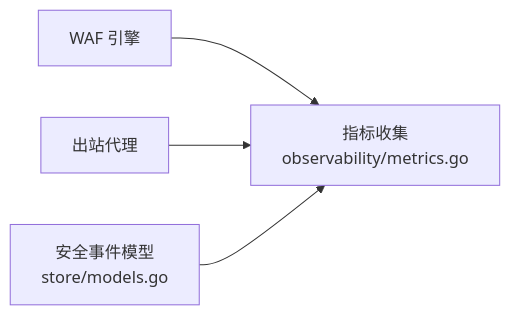
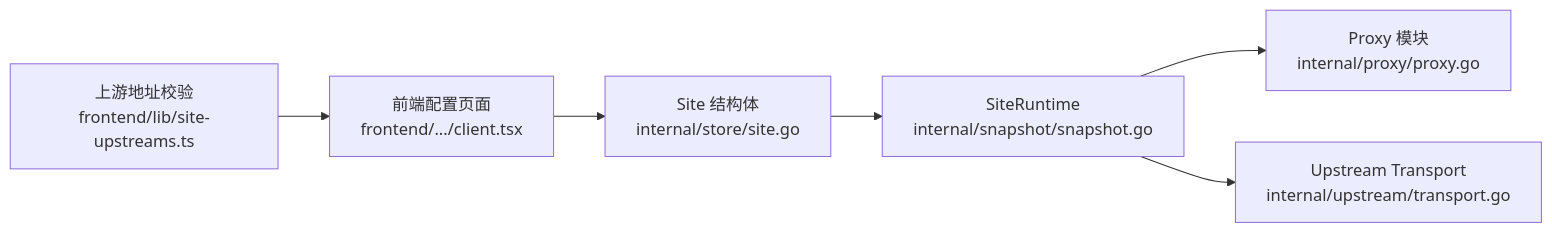
Before and after one commit to x01n/My-OpenWaf: the eighth of 8 diagrams in docs/安全机制/出站安全控制.md, drawn with Mermaid. The commit also changed other lines of this file and 199 other files, not shown here.

````diff
--- a/docs/安全机制/出站安全控制.md
+++ b/docs/安全机制/出站安全控制.md
@@ -305,6 +285,8 @@
 ```mermaid
 graph LR
-ENG["WAF 引擎"] --> MET["指标收集<br/>observability/metrics.go"]
-Proxy["出站代理"] --> MET
-Store["安全事件模型<br/>store/models.go"] --> MET
+STORE_SITE["Site 结构体<br/>internal/store/site.go"] --> SNAP["SiteRuntime<br/>internal/snapshot/snapshot.go"]
+SNAP --> PRX["Proxy 模块<br/>internal/proxy/proxy.go"]
+SNAP --> UPT["Upstream Transport<br/>internal/upstream/transport.go"]
+FRONT_UI["前端配置页面<br/>frontend/.../client.tsx"] --> STORE_SITE
+FRONT_LIB["上游地址校验<br/>frontend/lib/site-upstreams.ts"] --> FRONT_UI
 ```
````
